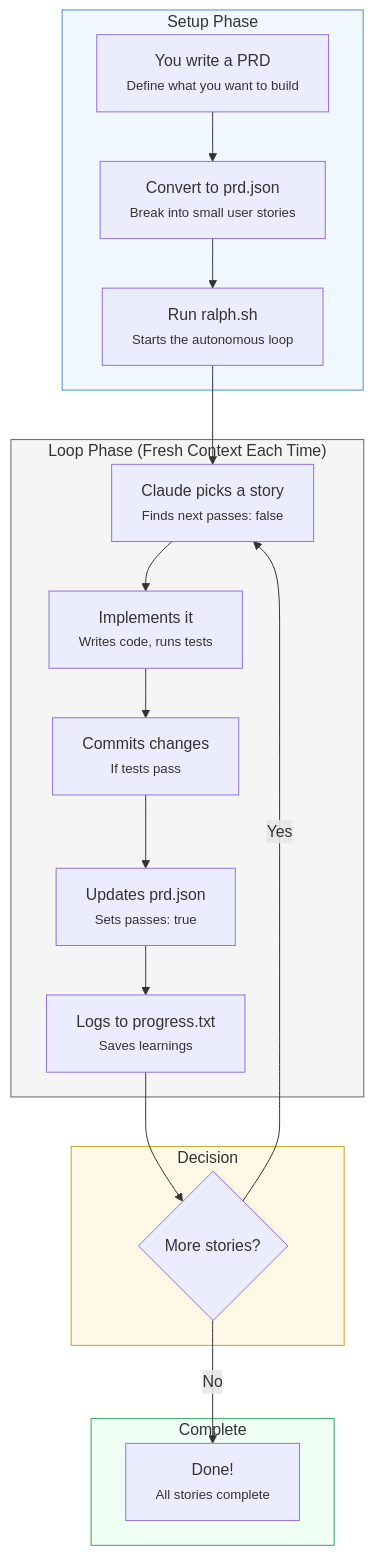
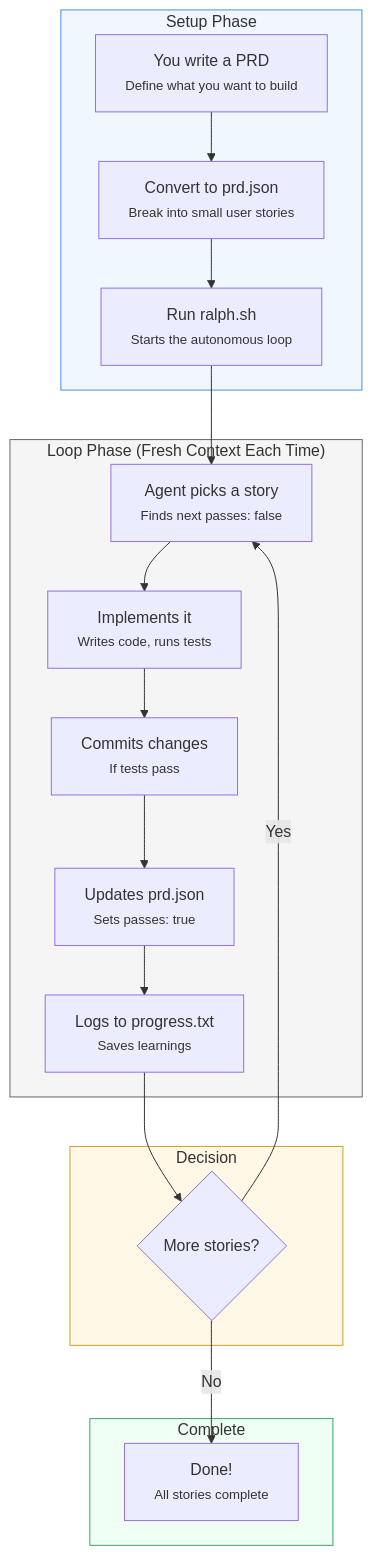
One commit to jayozer/ralph_code changed the second of 4 diagrams in README.md. Above: the diagram before and after it, drawn with Mermaid. The commit also changed other lines of this file and 15 other files, not shown here.

````diff
--- a/README.md
+++ b/README.md
@@ -68,40 +221,40 @@
 ```mermaid
 flowchart TB
     subgraph setup["Setup Phase"]
         S1["You write a PRD<br/><small>Define what you want to build</small>"]
         S2["Convert to prd.json<br/><small>Break into small user stories</small>"]
         S3["Run ralph.sh<br/><small>Starts the autonomous loop</small>"]
     end
 
     subgraph loop["Loop Phase (Fresh Context Each Time)"]
-        L1["Claude picks a story<br/><small>Finds next passes: false</small>"]
+        L1["Agent picks a story<br/><small>Finds next passes: false</small>"]
         L2["Implements it<br/><small>Writes code, runs tests</small>"]
         L3["Commits changes<br/><small>If tests pass</small>"]
         L4["Updates prd.json<br/><small>Sets passes: true</small>"]
         L5["Logs to progress.txt<br/><small>Saves learnings</small>"]
     end
 
     subgraph decision["Decision"]
         D1{"More stories?"}
     end
 
     subgraph done["Complete"]
         E1["Done!<br/><small>All stories complete</small>"]
     end
 
     S1 --> S2
     S2 --> S3
     S3 --> L1
     L1 --> L2
     L2 --> L3
     L3 --> L4
     L4 --> L5
     L5 --> D1
     D1 -->|Yes| L1
     D1 -->|No| E1
 
     style setup fill:#f0f7ff,stroke:#4a90d9
     style loop fill:#f5f5f5,stroke:#666666
     style decision fill:#fff8e6,stroke:#c9a227
     style done fill:#f0fff4,stroke:#38a169
 ```
````
